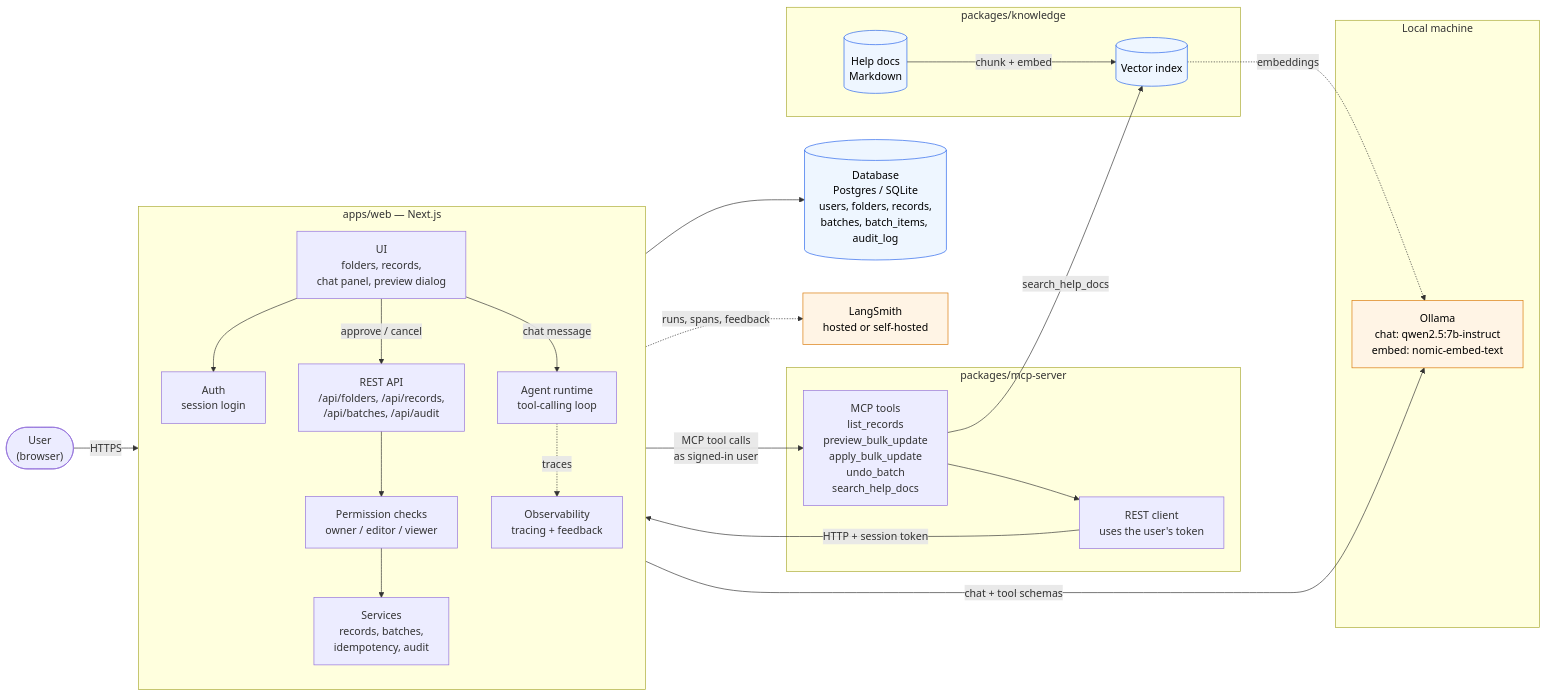
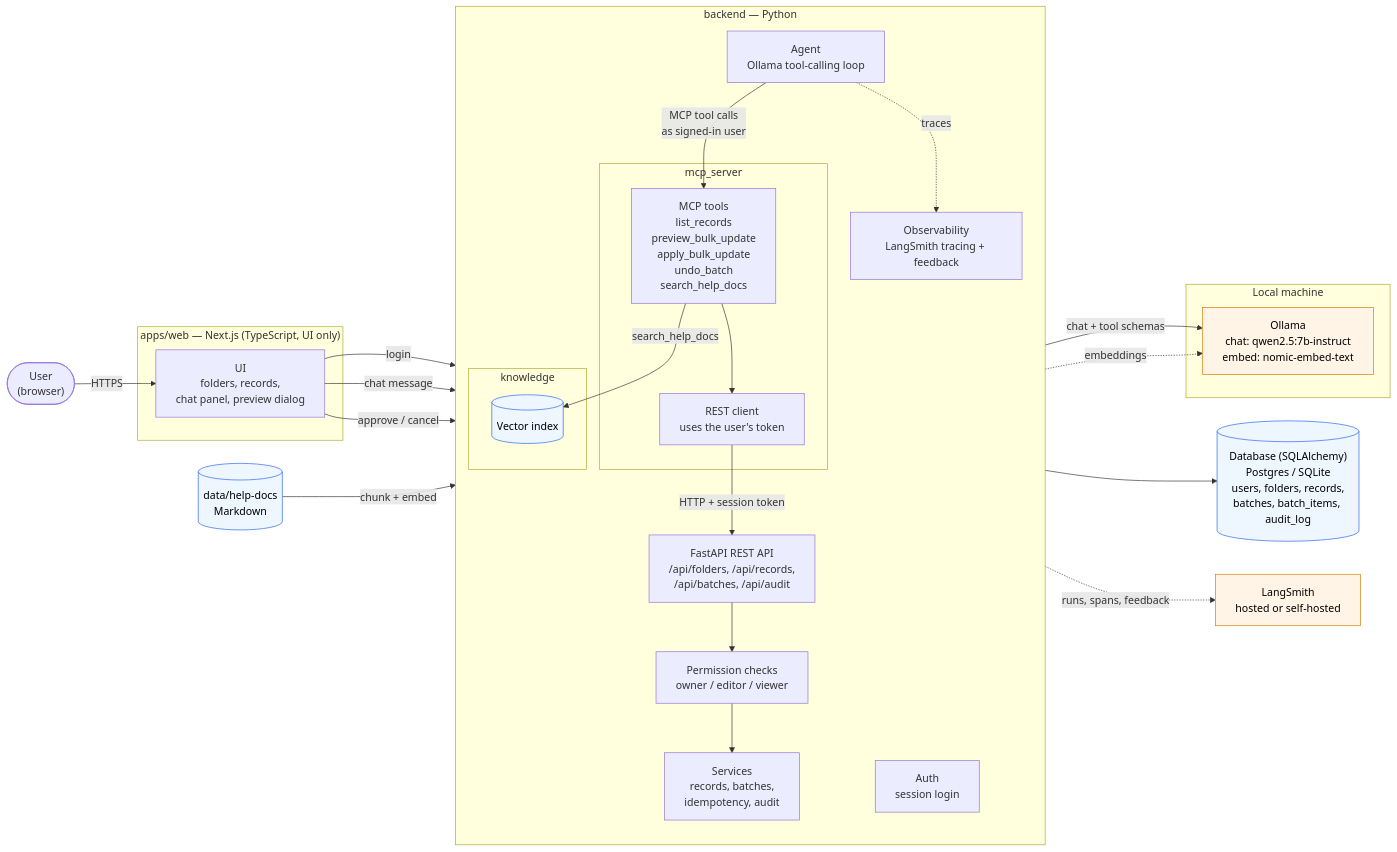
The first of 4 diagrams in docs/architecture/ARCHITECTURE.md (lovelyrontech-wq/ledgerly), drawn with Mermaid before and after one commit. The commit also changed other lines of this file and 71 other files, not shown here.

First line of the commit message:
Move backend to Python (FastAPI, SQLAlchemy, Alembic)

````diff
--- a/docs/architecture/ARCHITECTURE.md
+++ b/docs/architecture/ARCHITECTURE.md
@@ -7,52 +7,54 @@
 ```mermaid
 flowchart LR
     user(["User<br/>(browser)"])
 
-    subgraph web["apps/web — Next.js"]
+    subgraph web["apps/web — Next.js (TypeScript, UI only)"]
+        ui["UI<br/>folders, records,<br/>chat panel, preview dialog"]
+    end
+
+    subgraph backend["backend — Python"]
         direction TB
-        ui["UI<br/>folders, records,<br/>chat panel, preview dialog"]
         auth["Auth<br/>session login"]
-        agent["Agent runtime<br/>tool-calling loop"]
-        api["REST API<br/>/api/folders, /api/records,<br/>/api/batches, /api/audit"]
+        agent["Agent<br/>Ollama tool-calling loop"]
+        api["FastAPI REST API<br/>/api/folders, /api/records,<br/>/api/batches, /api/audit"]
         perms["Permission checks<br/>owner / editor / viewer"]
         svc["Services<br/>records, batches,<br/>idempotency, audit"]
-        obs["Observability<br/>tracing + feedback"]
+        obs["Observability<br/>LangSmith tracing + feedback"]
+        subgraph mcp["mcp_server"]
+            tools["MCP tools<br/>list_records<br/>preview_bulk_update<br/>apply_bulk_update<br/>undo_batch<br/>search_help_docs"]
+            client["REST client<br/>uses the user's token"]
+        end
+        subgraph kb["knowledge"]
+            index[("Vector index")]
+        end
     end
 
-    subgraph mcp["packages/mcp-server"]
-        tools["MCP tools<br/>list_records<br/>preview_bulk_update<br/>apply_bulk_update<br/>undo_batch<br/>search_help_docs"]
-        client["REST client<br/>uses the user's token"]
-    end
-
-    subgraph kb["packages/knowledge"]
-        docs[("Help docs<br/>Markdown")]
-        index[("Vector index")]
-    end
+    docs[("data/help-docs<br/>Markdown")]
 
     subgraph local["Local machine"]
         ollama["Ollama<br/>chat: qwen2.5:7b-instruct<br/>embed: nomic-embed-text"]
     end
 
-    db[("Database<br/>Postgres / SQLite<br/>users, folders, records,<br/>batches, batch_items, audit_log")]
+    db[("Database (SQLAlchemy)<br/>Postgres / SQLite<br/>users, folders, records,<br/>batches, batch_items, audit_log")]
     langsmith["LangSmith<br/>hosted or self-hosted"]
 
     user -->|"HTTPS"| ui
-    ui --> auth
+    ui -->|"login"| auth
     ui -->|"chat message"| agent
     ui -->|"approve / cancel"| api
     agent -->|"chat + tool schemas"| ollama
     agent -->|"MCP tool calls<br/>as signed-in user"| tools
     tools --> client
     client -->|"HTTP + session token"| api
     tools -->|"search_help_docs"| index
     docs -->|"chunk + embed"| index
     index -.->|"embeddings"| ollama
     api --> perms --> svc --> db
     agent -.->|"traces"| obs
     obs -.->|"runs, spans, feedback"| langsmith
 
     classDef external fill:#fff4e5,stroke:#d97706,color:#000
     classDef store fill:#eef6ff,stroke:#2563eb,color:#000
     class ollama,langsmith external
     class db,docs,index store
 ```
````
